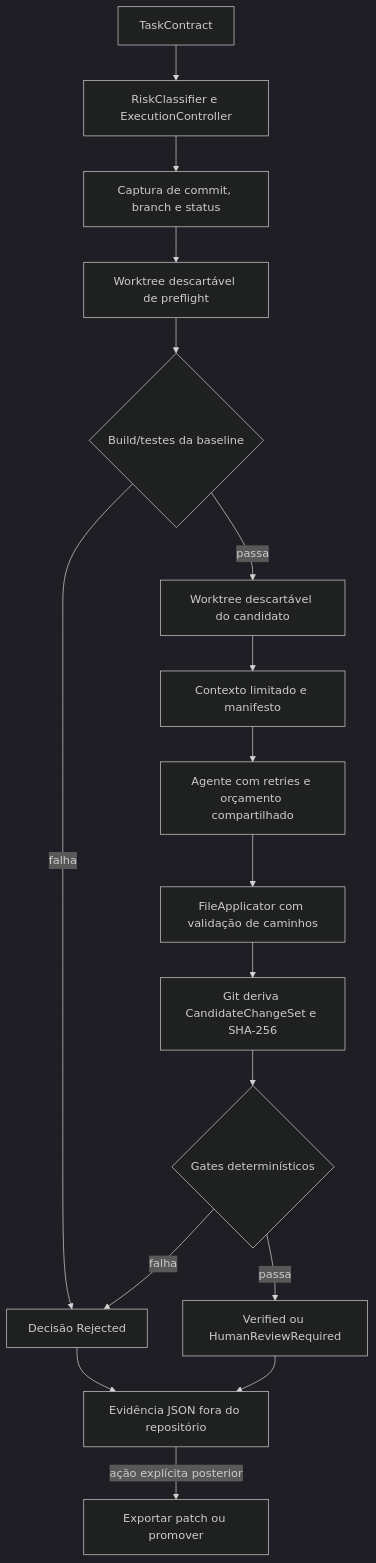
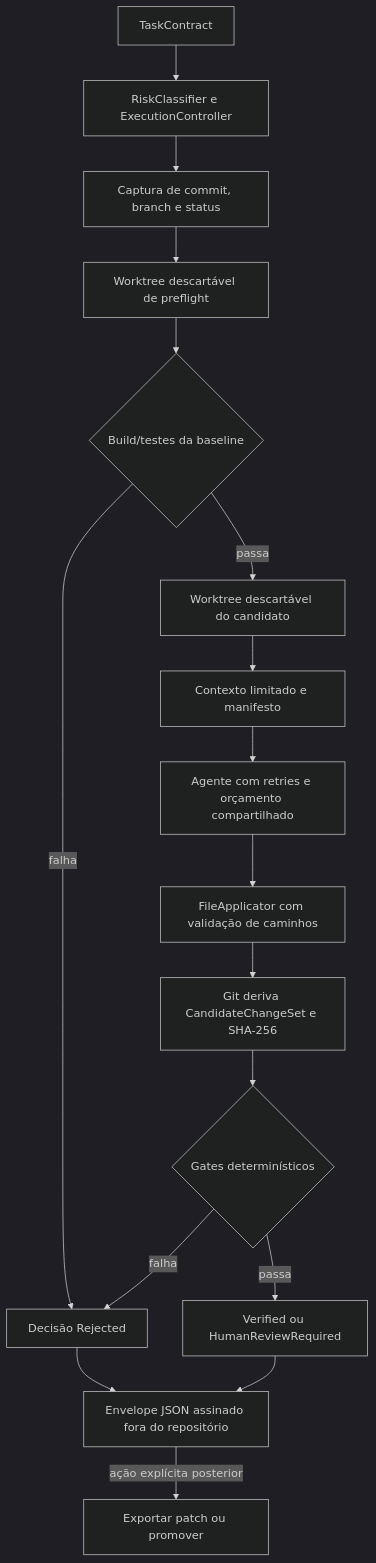
The diagram in docs/architecture.md (Fernandorsoul/AECS_FUNDA-O-TECNICA), drawn with Mermaid (dark theme) before and after one commit. The commit also changed other lines of this file and 18 other files, not shown here.

````diff
--- a/docs/architecture.md
+++ b/docs/architecture.md
@@ -16,19 +16,19 @@
 ```mermaid
 flowchart TD
     A[TaskContract] --> B[RiskClassifier e ExecutionController]
     B --> C[Captura de commit, branch e status]
     C --> D[Worktree descartável de preflight]
     D --> E{Build/testes da baseline}
     E -->|falha| X[Decisão Rejected]
     E -->|passa| F[Worktree descartável do candidato]
     F --> G[Contexto limitado e manifesto]
     G --> H[Agente com retries e orçamento compartilhado]
     H --> I[FileApplicator com validação de caminhos]
     I --> J[Git deriva CandidateChangeSet e SHA-256]
     J --> K{Gates determinísticos}
     K -->|falha| X
     K -->|passa| L[Verified ou HumanReviewRequired]
-    X --> M[Evidência JSON fora do repositório]
+    X --> M[Envelope JSON assinado fora do repositório]
     L --> M
     M -->|ação explícita posterior| N[Exportar patch ou promover]
 ```
````
